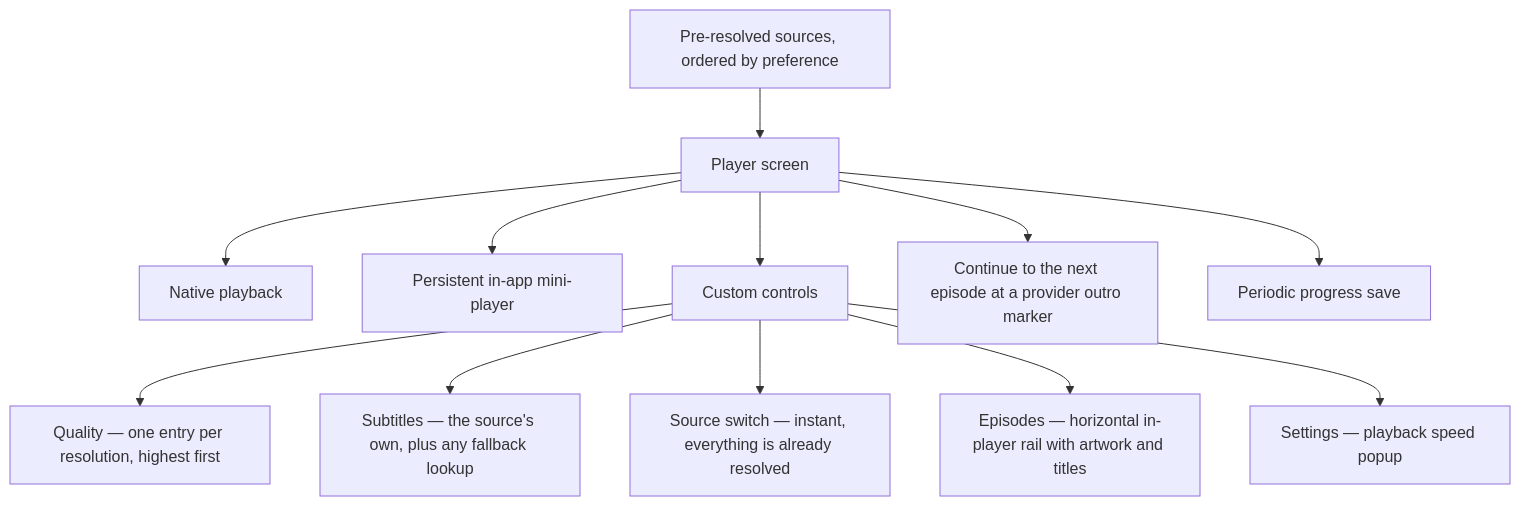
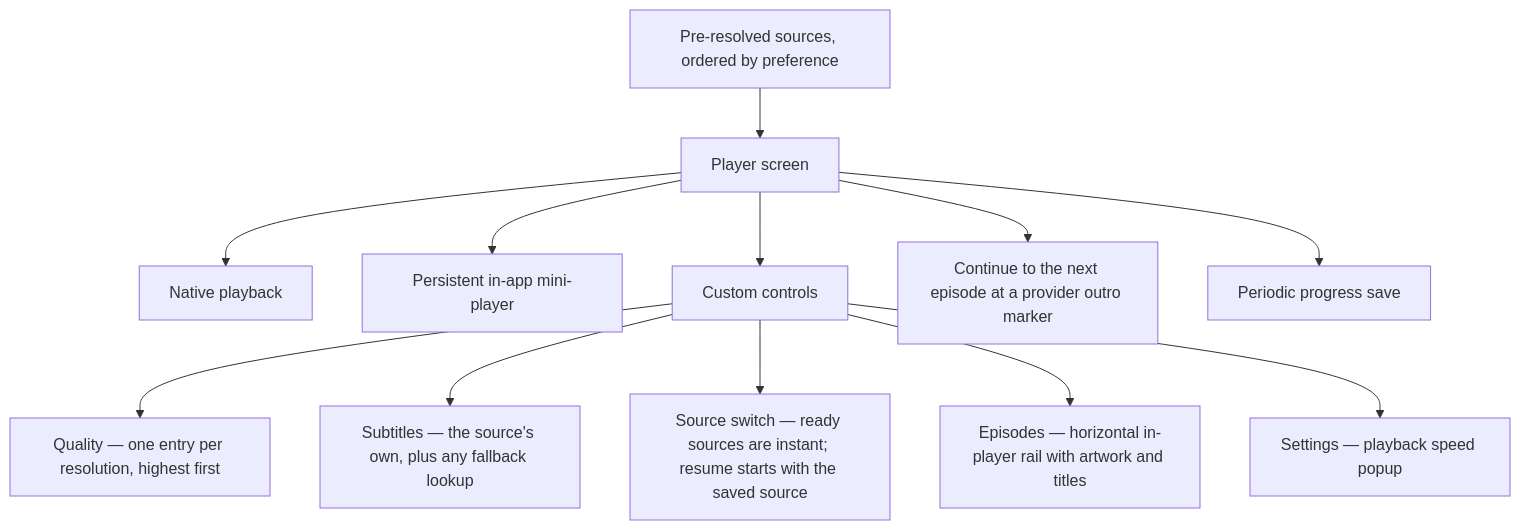
The sixth of 6 diagrams in docs/06-app-layer.md (nimbusfvck/fvcksubs), drawn with Mermaid before and after one commit. The commit also changed other lines of this file and 22 other files, not shown here.

````diff
--- a/docs/06-app-layer.md
+++ b/docs/06-app-layer.md
@@ -297,14 +297,14 @@
 ```mermaid
 flowchart TB
     PRE["Pre-resolved sources, ordered by preference"] --> PP["Player screen"]
     PP --> NAT["Native playback"]
     PP --> MINI["Persistent in-app mini-player"]
     PP --> CTL["Custom controls"]
     CTL --> Q["Quality — one entry per resolution, highest first"]
     CTL --> SUB["Subtitles — the source's own, plus any fallback lookup"]
-    CTL --> SRC["Source switch — instant, everything is already resolved"]
+    CTL --> SRC["Source switch — ready sources are instant; resume starts with the saved source"]
     CTL --> EP["Episodes — horizontal in-player rail with artwork and titles"]
     CTL --> SET["Settings — playback speed popup"]
     PP --> NEXT["Continue to the next episode at a provider outro marker"]
     PP --> SAVE["Periodic progress save"]
 ```
````
